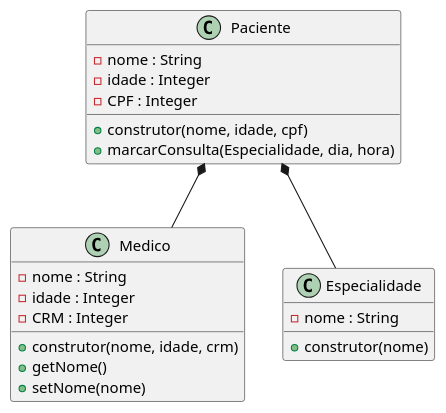
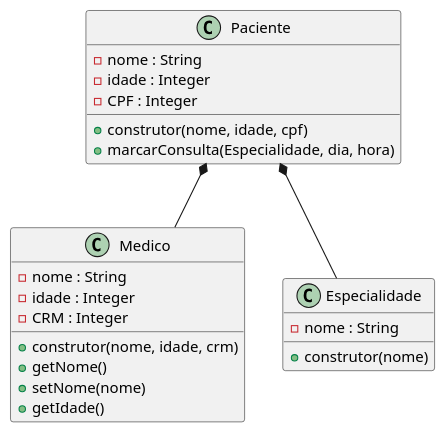
The diagram in diagrama.plantuml (anleaes/2022-1-N2-POO-03), drawn with PlantUML before and after one commit.

Commit message:
colocado getIdade em Medico

```diff
--- a/diagrama.plantuml
+++ b/diagrama.plantuml
@@ -1,28 +1,29 @@
 @startuml Gerenciamento de Exames Medicos
 
     class Paciente{
         - nome : String
         - idade : Integer
         - CPF : Integer
         + construtor(nome, idade, cpf)
         + marcarConsulta(Especialidade, dia, hora)
     }
 
     class Medico{
         - nome : String
         - idade : Integer
         - CRM : Integer
         + construtor(nome, idade, crm)
         + getNome()
         + setNome(nome)
+        + getIdade()
     }
 
     class Especialidade{
         - nome : String
         + construtor(nome)
     }
 
     Paciente *-- Medico
     Paciente *-- Especialidade
 
 @enduml
```
